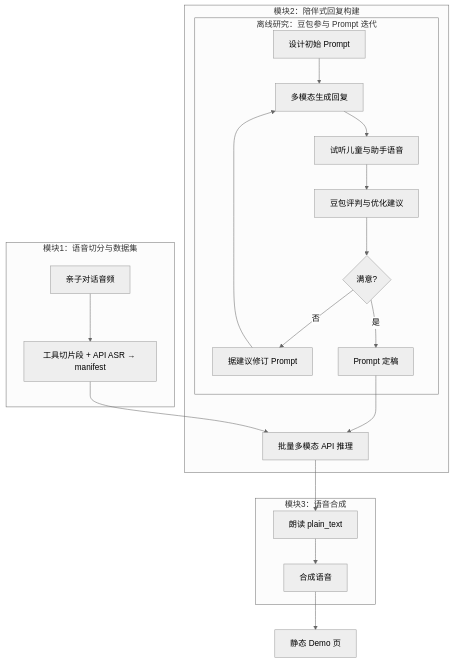
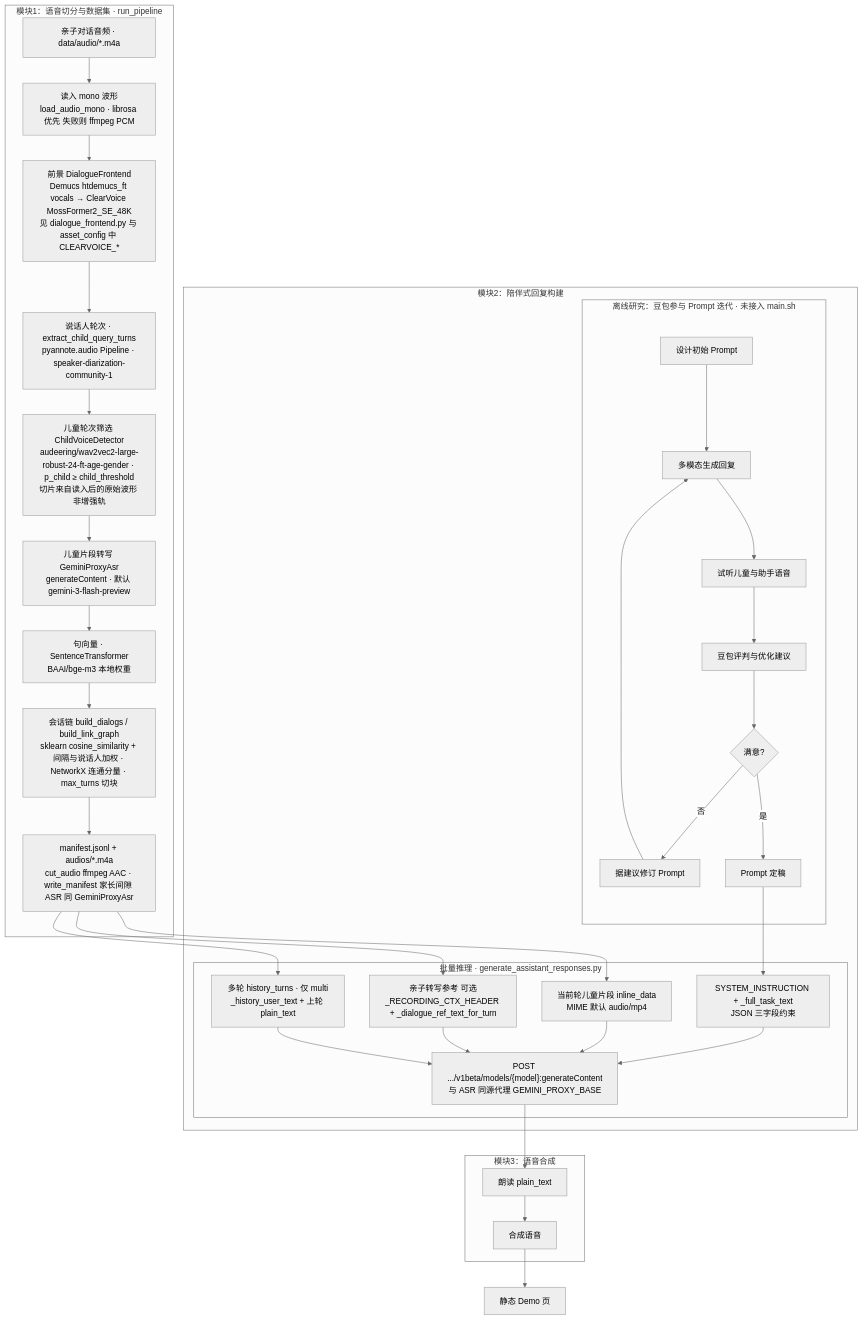
Before and after one commit to auto-chao/Children-Companion-Scenario-Pipeline: the diagram in README.md, drawn with Mermaid (neutral theme). The commit also changed other lines of this file and 1 other file, not shown here.

````diff
--- a/README.md
+++ b/README.md
@@ -112,28 +126,48 @@
 ```mermaid
 flowchart TB
-  subgraph mod_seg [模块1：语音切分与数据集]
-    s1[亲子对话音频] --> s2[工具切片段 + API ASR → manifest]
+  subgraph mod_seg [模块1：语音切分与数据集 · run_pipeline]
+    s1["亲子对话音频 · data/audio/*.m4a"] --> m_load["读入 mono 波形<br/>load_audio_mono · librosa 优先 失败则 ffmpeg PCM"]
+    m_load --> m_fg["前景 DialogueFrontend<br/>Demucs htdemucs_ft vocals → ClearVoice MossFormer2_SE_48K<br/>见 dialogue_frontend.py 与 asset_config 中 CLEARVOICE_*"]
+    m_fg --> m_pya["说话人轮次 · extract_child_query_turns<br/>pyannote.audio Pipeline · speaker-diarization-community-1"]
+    m_pya --> m_child["儿童轮次筛选 ChildVoiceDetector<br/>audeering/wav2vec2-large-robust-24-ft-age-gender · p_child ≥ child_threshold<br/>切片来自读入后的原始波形 非增强轨"]
+    m_child --> m_asr["儿童片段转写 GeminiProxyAsr<br/>generateContent · 默认 gemini-3-flash-preview"]
+    m_asr --> m_bge["句向量 · SentenceTransformer<br/>BAAI/bge-m3 本地权重"]
+    m_bge --> m_link["会话链 build_dialogs / build_link_graph<br/>sklearn cosine_similarity + 间隔与说话人加权 · NetworkX 连通分量 · max_turns 切块"]
+    m_link --> s2["manifest.jsonl + audios/*.m4a<br/>cut_audio ffmpeg AAC · write_manifest 家长间隙 ASR 同 GeminiProxyAsr"]
   end
 
   subgraph mod_resp [模块2：陪伴式回复构建]
-    subgraph loop_doubao [离线研究：豆包参与 Prompt 迭代]
+    subgraph loop_doubao [离线研究：豆包参与 Prompt 迭代 · 未接入 main.sh]
       r1[设计初始 Prompt] --> r2[多模态生成回复]
       r2 --> r3[试听儿童与助手语音]
       r3 --> r4[豆包评判与优化建议]
       r4 --> r5{满意?}
       r5 -->|否| r6[据建议修订 Prompt]
       r6 --> r2
       r5 -->|是| r7[Prompt 定稿]
     end
-    r7 --> r8[批量多模态 API 推理]
+    subgraph api_req [批量推理 · generate_assistant_responses.py]
+      i_audio["当前轮儿童片段 inline_data<br/>MIME 默认 audio/mp4"]
+      i_sys["SYSTEM_INSTRUCTION + _full_task_text<br/>JSON 三字段约束"]
+      i_rec["亲子转写参考 可选<br/>_RECORDING_CTX_HEADER + _dialogue_ref_text_for_turn"]
+      i_hist["多轮 history_turns · 仅 multi<br/>_history_user_text + 上轮 plain_text"]
+      r8["POST .../v1beta/models/{model}:generateContent<br/>与 ASR 同源代理 GEMINI_PROXY_BASE"]
+    end
+    r7 --> i_sys
+    i_sys --> r8
+    s2 --> i_audio
+    s2 --> i_rec
+    s2 --> i_hist
+    i_audio --> r8
+    i_rec --> r8
+    i_hist --> r8
   end
 
   subgraph mod_tts [模块3：语音合成]
     t1[朗读 plain_text] --> t2[合成语音]
   end
 
-  s2 --> r8
   r8 --> t1
   t2 --> d1[静态 Demo 页]
 
 ```
````
